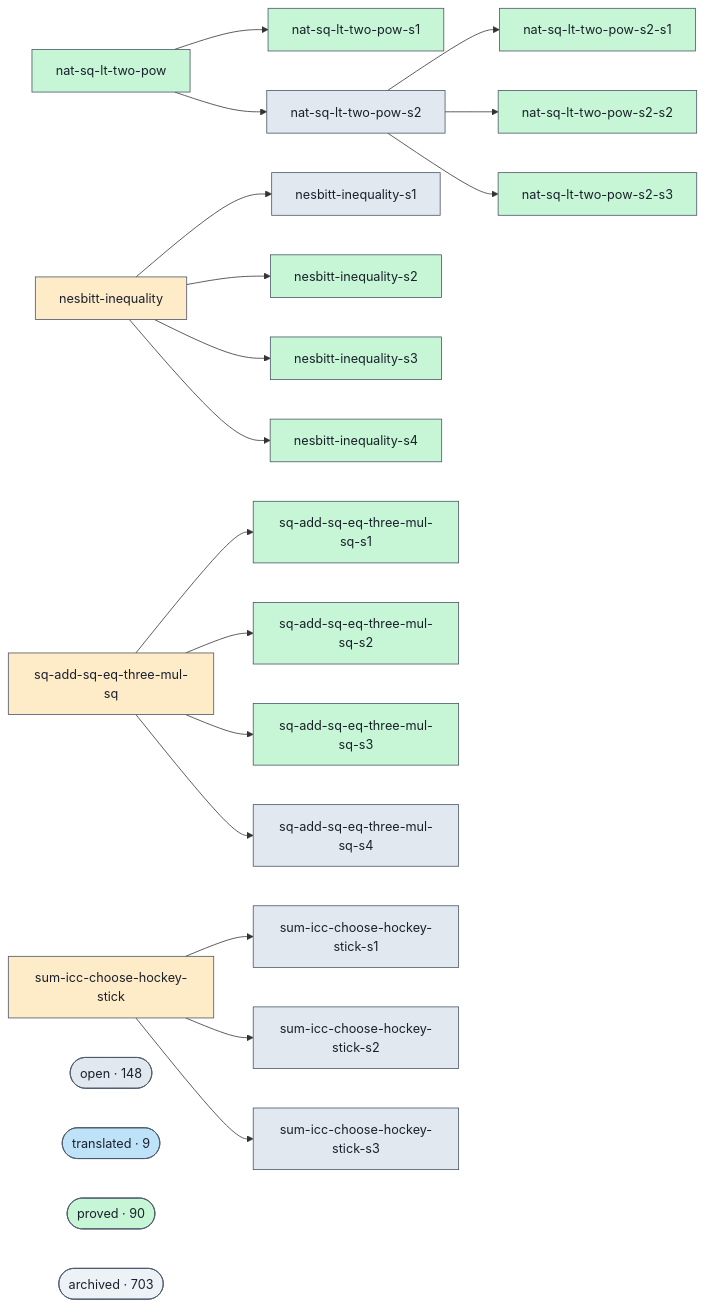
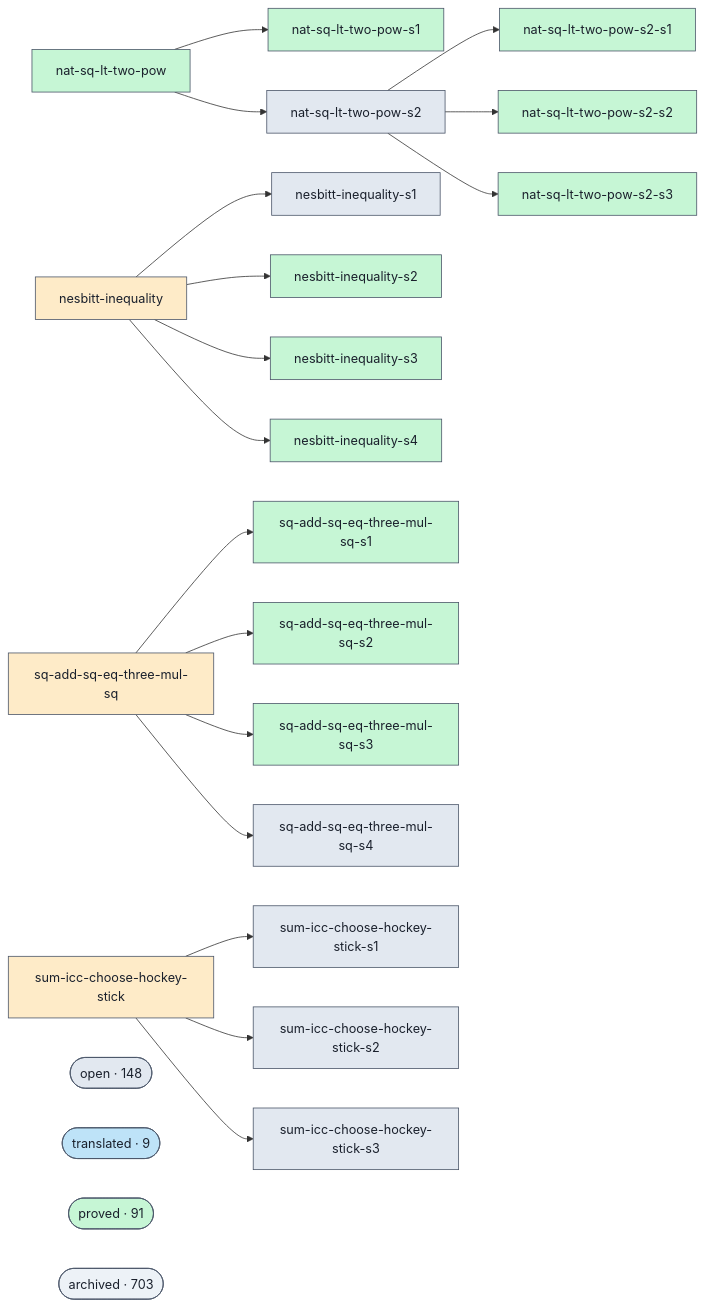
One commit to Rauxon/unsorry changed the diagram in docs/proofs-contributors-visualisation.md. Above: the diagram before and after it, drawn with Mermaid. The commit also changed other lines of this file and 2 other files, not shown here.

```diff
--- a/docs/proofs-contributors-visualisation.md
+++ b/docs/proofs-contributors-visualisation.md
@@ -102,7 +102,7 @@
   class cluster_open open;
   cluster_translated(["translated · 9"])
   class cluster_translated translated;
-  cluster_proved(["proved · 90"])
+  cluster_proved(["proved · 91"])
   class cluster_proved proved;
   cluster_archived(["archived · 703"])
   class cluster_archived unknown;
```
